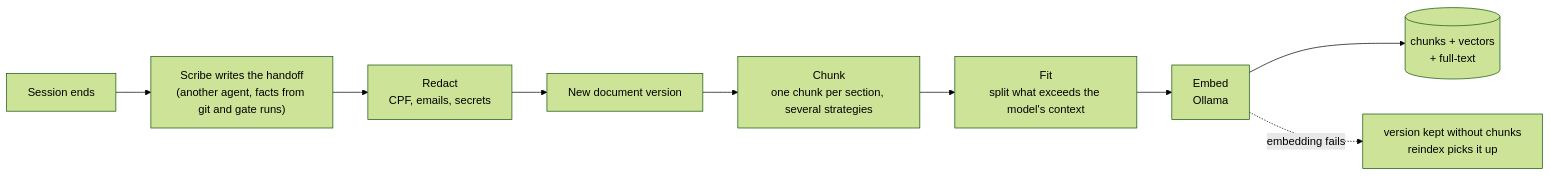
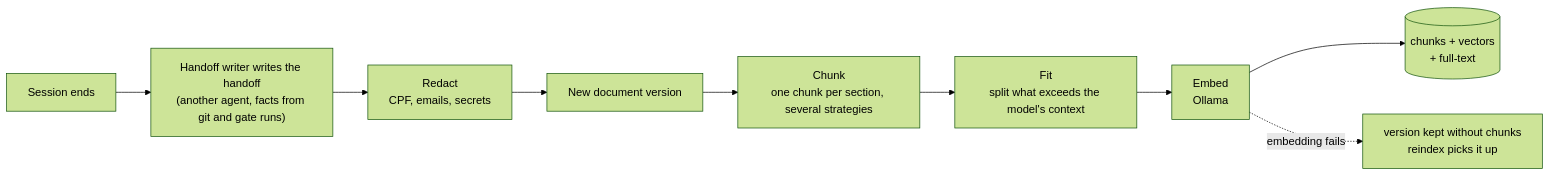
The second of 6 diagrams in docs/memory.md (ddmfuhrmann/autonome), drawn with Mermaid (forest theme) before and after one commit. The commit also changed other lines of this file and 14 other files, not shown here.

````diff
--- a/docs/memory.md
+++ b/docs/memory.md
@@ -60,11 +60,11 @@
 ```mermaid
 flowchart LR
-  s["Session ends"] --> h["Scribe writes the handoff<br/>(another agent, facts from git and gate runs)"]
+  s["Session ends"] --> h["Handoff writer writes the handoff<br/>(another agent, facts from git and gate runs)"]
   h --> r["Redact<br/>CPF, emails, secrets"]
   r --> v["New document version"]
   v --> c["Chunk<br/>one chunk per section, several strategies"]
   c --> f["Fit<br/>split what exceeds the model's context"]
   f --> e["Embed<br/>Ollama"]
   e --> idx[("chunks + vectors<br/>+ full-text")]
   e -. "embedding fails" .-> d["version kept without chunks<br/>reindex picks it up"]
 ```
````
